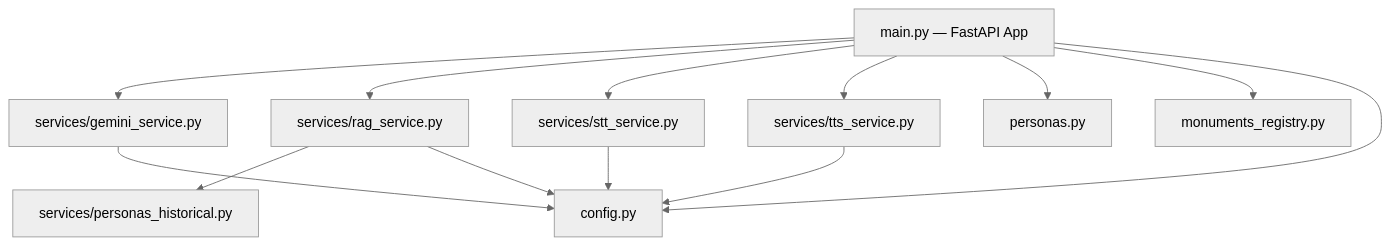
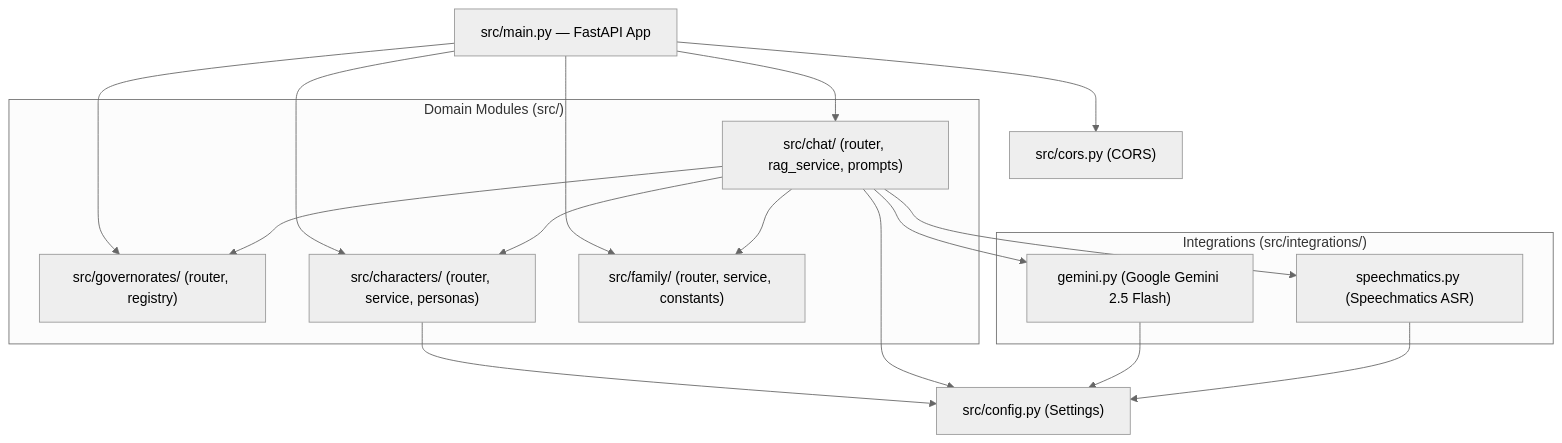
The diagram in backend/BACKEND.md (Youssef12as/hakawi), drawn with Mermaid (neutral theme) before and after one commit. The commit also changed other lines of this file and 35 other files, not shown here.

````diff
--- a/backend/BACKEND.md
+++ b/backend/BACKEND.md
@@ -15,15 +11,36 @@
 ```mermaid
 graph TD
-    A["main.py — FastAPI App"] --> B["services/gemini_service.py"]
-    A --> C["services/rag_service.py"]
-    A --> D["services/stt_service.py"]
-    A --> E["services/tts_service.py"]
-    A --> F["personas.py"]
-    A --> G["monuments_registry.py"]
-    C --> H["services/personas_historical.py"]
-    A --> I["config.py"]
-    B --> I
-    C --> I
-    D --> I
-    E --> I
+    App["src/main.py — FastAPI App"]
+    
+    subgraph Domains ["Domain Modules (src/)"]
+        Chat["src/chat/ (router, rag_service, prompts)"]
+        Gov["src/governorates/ (router, registry)"]
+        Chars["src/characters/ (router, service, personas)"]
+        Fam["src/family/ (router, service, constants)"]
+    end
+    
+    subgraph Integrations ["Integrations (src/integrations/)"]
+        Gemini["gemini.py (Google Gemini 2.5 Flash)"]
+        STT["speechmatics.py (Speechmatics ASR)"]
+    end
+
+    Config["src/config.py (Settings)"]
+    CORS["src/cors.py (CORS)"]
+
+    App --> CORS
+    App --> Chat
+    App --> Gov
+    App --> Chars
+    App --> Fam
+
+    Chat --> Gemini
+    Chat --> STT
+    Chat --> Gov
+    Chat --> Chars
+    Chat --> Fam
+    
+    Chars --> Config
+    Chat --> Config
+    Gemini --> Config
+    STT --> Config
 ```
````
